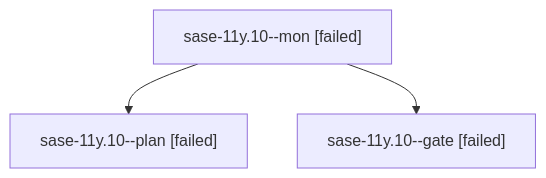
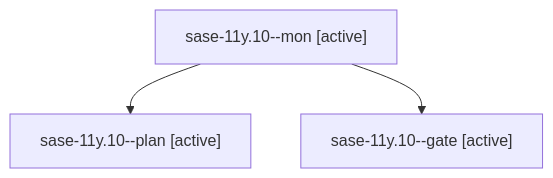
The diagram in families/bbugyi200.athena.sase-11y.10.md (sase-org/sase--agents), drawn with Mermaid before and after one commit. The commit also changed other lines of this file and 35830 other files, not shown here.

````diff
--- a/families/bbugyi200.athena.sase-11y.10.md
+++ b/families/bbugyi200.athena.sase-11y.10.md
@@ -9,8 +9,8 @@
 ```mermaid
 flowchart TD
-  n0["sase-11y.10--mon [failed]"]
-  n1["sase-11y.10--plan [failed]"]
+  n0["sase-11y.10--mon [active]"]
+  n1["sase-11y.10--plan [active]"]
   n0 --> n1
-  n2["sase-11y.10--gate [failed]"]
+  n2["sase-11y.10--gate [active]"]
   n0 --> n2
 ```
````
